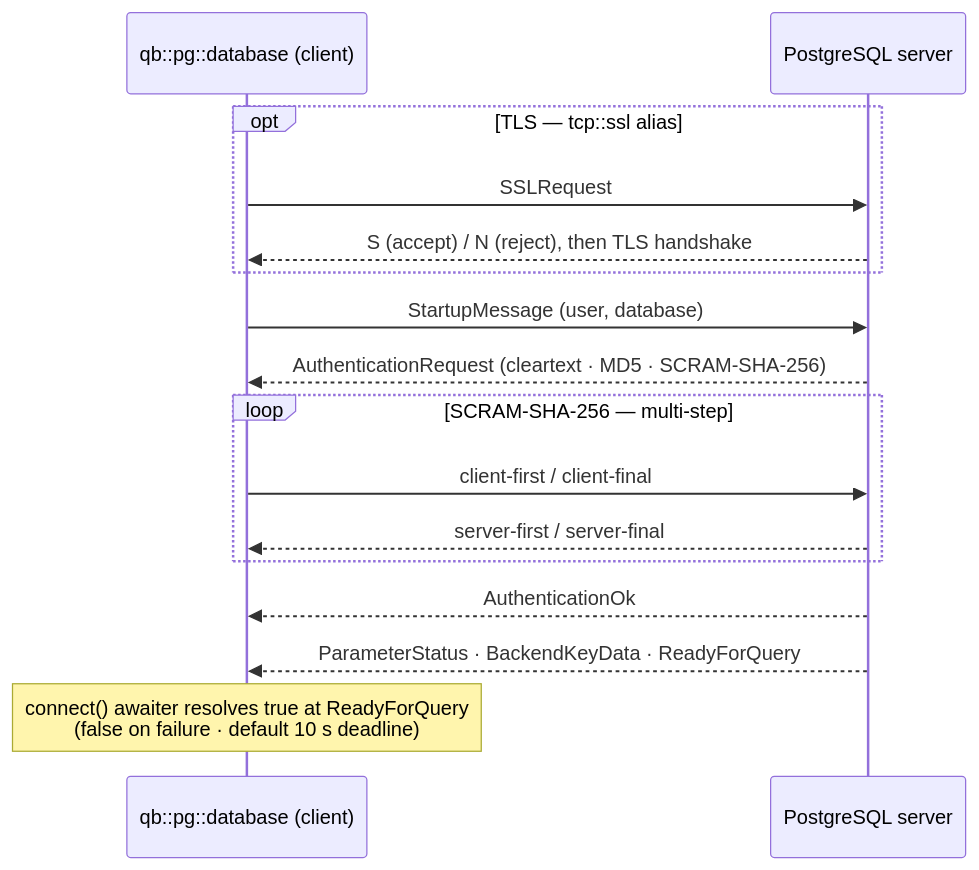
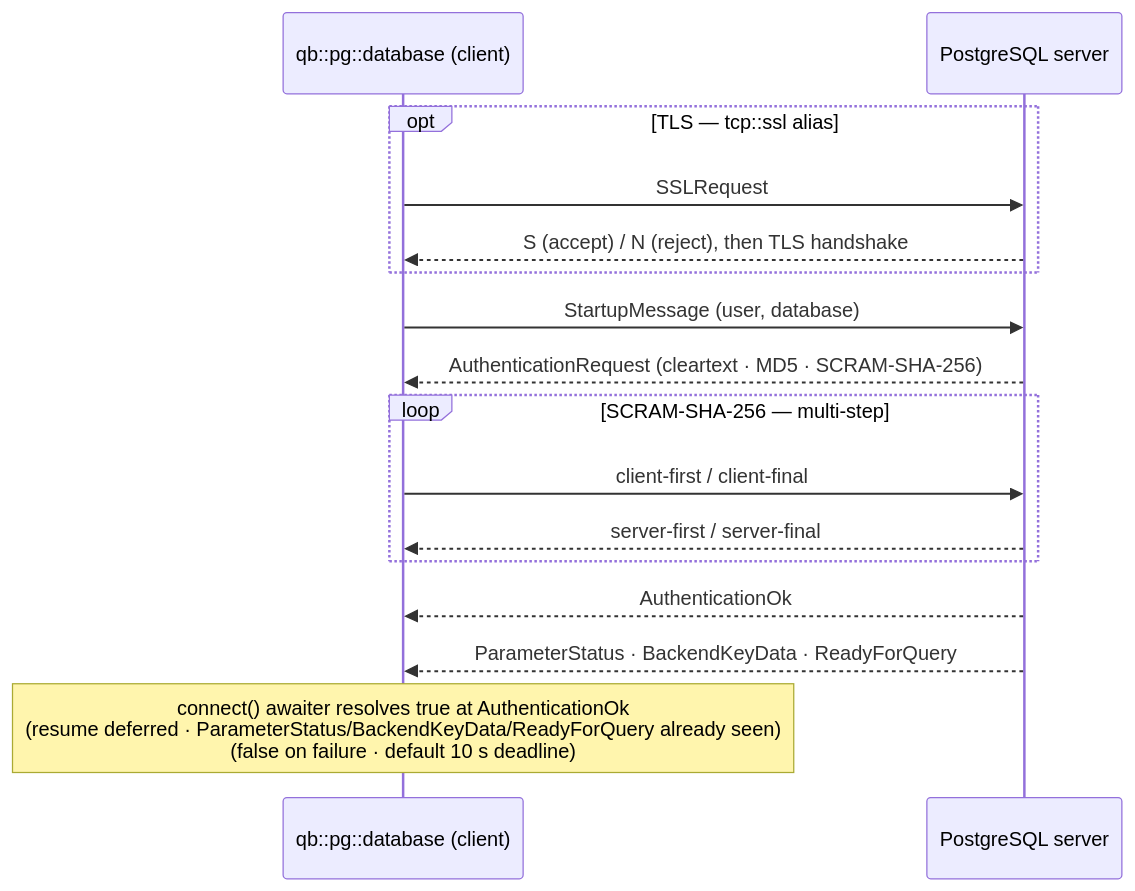
The first of 2 diagrams in readme/connection.md (isndev/qbm-pgsql), drawn with Mermaid before and after one commit. The commit also changed other lines of this file and 8 other files, not shown here.

````diff
--- a/readme/connection.md
+++ b/readme/connection.md
@@ -47,18 +48,18 @@
 ```mermaid
 sequenceDiagram
     participant C as qb::pg::database (client)
     participant S as PostgreSQL server
     opt TLS — tcp::ssl alias
         C->>S: SSLRequest
         S-->>C: S (accept) / N (reject), then TLS handshake
     end
     C->>S: StartupMessage (user, database)
     S-->>C: AuthenticationRequest (cleartext · MD5 · SCRAM-SHA-256)
     loop SCRAM-SHA-256 — multi-step
         C->>S: client-first / client-final
         S-->>C: server-first / server-final
     end
     S-->>C: AuthenticationOk
     S-->>C: ParameterStatus · BackendKeyData · ReadyForQuery
-    Note over C: connect() awaiter resolves true at ReadyForQuery<br/>(false on failure · default 10 s deadline)
+    Note over C: connect() awaiter resolves true at AuthenticationOk<br/>(resume deferred · ParameterStatus/BackendKeyData/ReadyForQuery already seen)<br/>(false on failure · default 10 s deadline)
 ```
````
